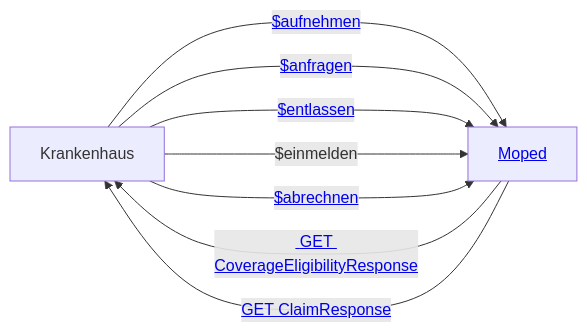
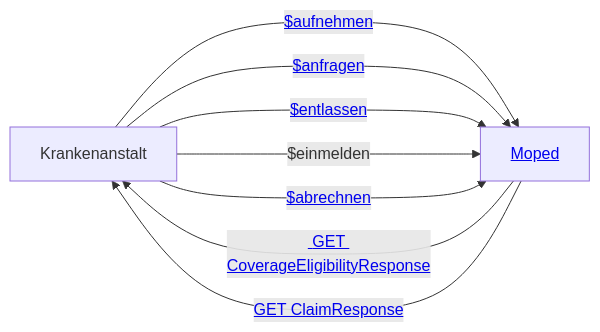
Before and after one commit to HL7Austria/ELGA-MOPED-R5: the second of 5 diagrams in input/pagecontent/actors.md, drawn with Mermaid. The commit also changed other lines of this file, not shown here.

```diff
--- a/input/pagecontent/actors.md
+++ b/input/pagecontent/actors.md
@@ -37,12 +38,12 @@
-<pre class="mermaid">
+<div class="mermaid">
     graph LR
-    KH[Krankenhaus]
+    KH[Krankenanstalt]
     Moped[<a href="#top">Moped</a>] 
     KH --->|<a href="OperationDefinition-MOPED.Patient.Aufnehmen.html"> $aufnehmen</a>| Moped 
     KH -->|<a href="OperationDefinition-MOPED.CoverageEligibilityRequest.Anfragen.html"> $anfragen</a>| Moped
     KH -->|<a href="OperationDefinition-MOPED.Encounter.erfassen.html"> $entlassen</a>| Moped 
     KH -->|$einmelden| Moped
     KH -->|<a href="OperationDefinition-MOPED.Encounter.Abrechnen.html"> $abrechnen</a>| Moped
     Moped -->|<a href="StructureDefinition-MOPEDCoverageEligibilityResponse.html"> GET CoverageEligibilityResponse</a>| KH
     Moped --->|<a href="StructureDefinition-MOPEDClaimResponse.html"> GET ClaimResponse</a>| KH
-</pre>
+</div>
```
